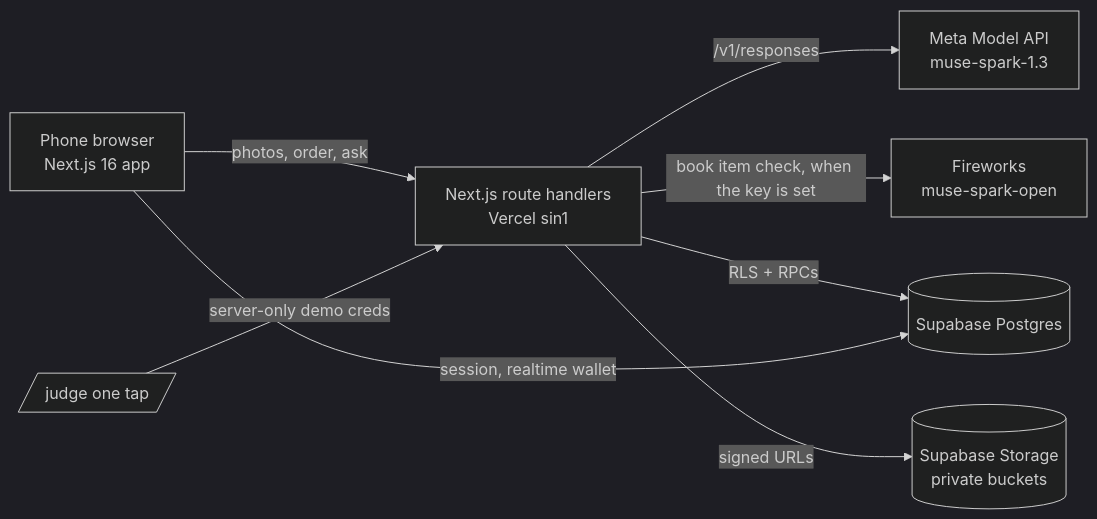
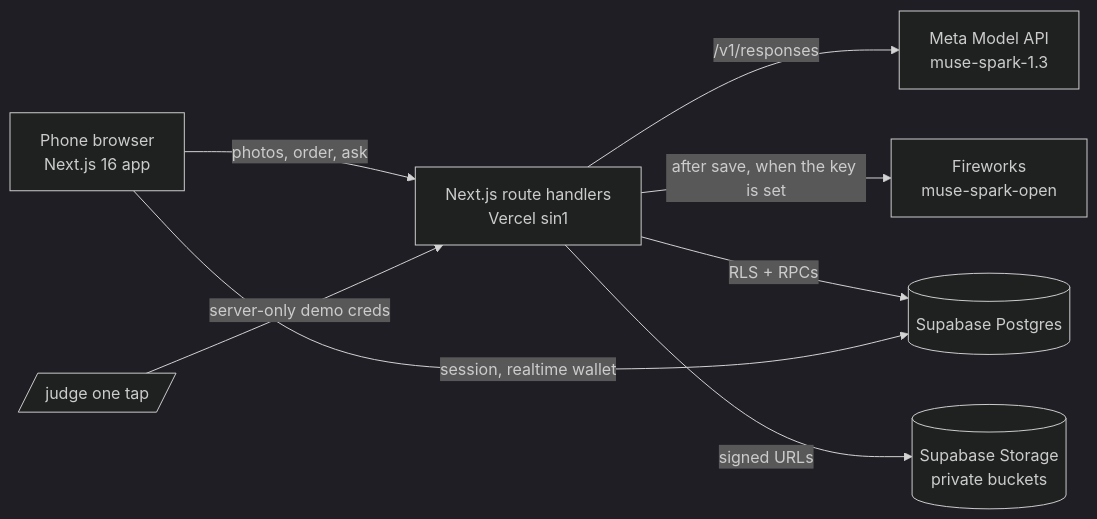
The diagram in README.md (proxadvertising-collab/prox-now), drawn with Mermaid (dark theme) before and after one commit. The commit also changed other lines of this file and 16 other files, not shown here.

Commit message:
fix(judge): fit demo pins and check the book after save

````diff
--- a/README.md
+++ b/README.md
@@ -57,10 +57,10 @@
 ```mermaid
 flowchart LR
   P[Phone browser<br/>Next.js 16 app] -->|photos, order, ask| API[Next.js route handlers<br/>Vercel sin1]
   API -->|/v1/responses| M[Meta Model API<br/>muse-spark-1.3]
-  API -->|book item check, when the key is set| F[Fireworks<br/>muse-spark-open]
+  API -->|after save, when the key is set| F[Fireworks<br/>muse-spark-open]
   API -->|RLS + RPCs| DB[(Supabase Postgres)]
   API -->|signed URLs| S[(Supabase Storage<br/>private buckets)]
   P -->|session, realtime wallet| DB
   J[/judge one tap/] -->|server-only demo creds| API
 ```
````
